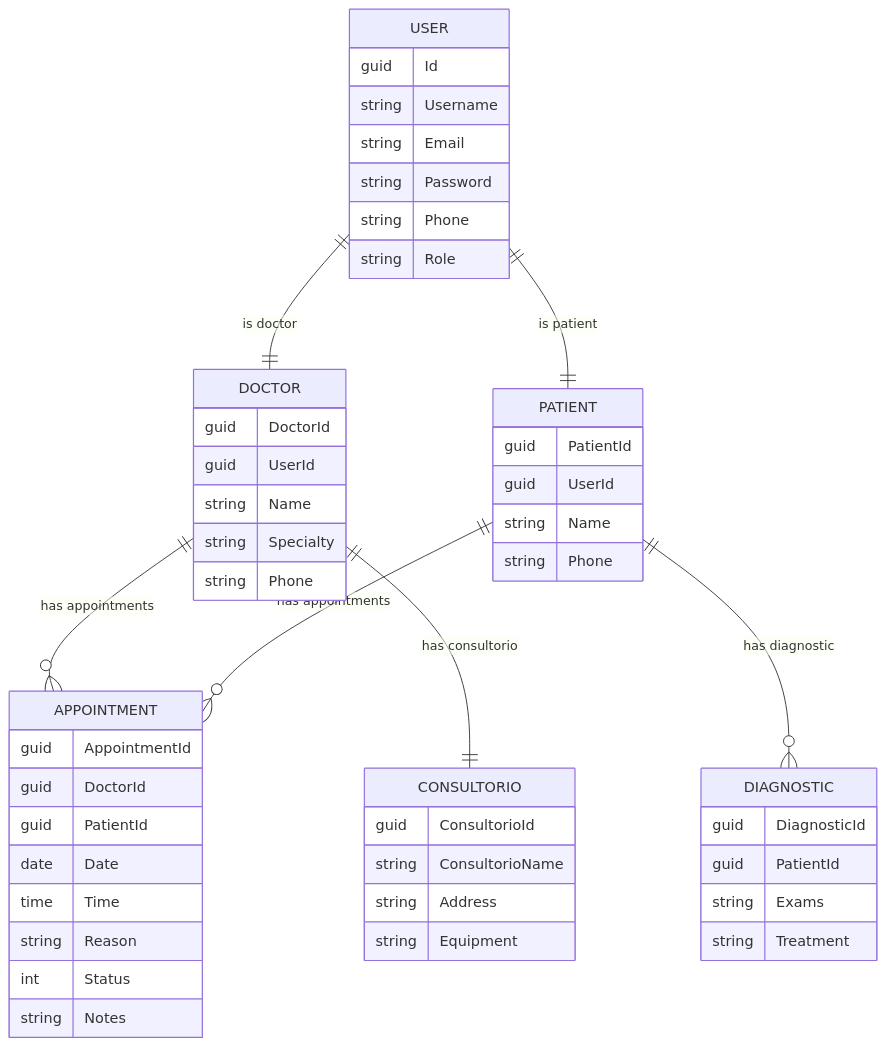
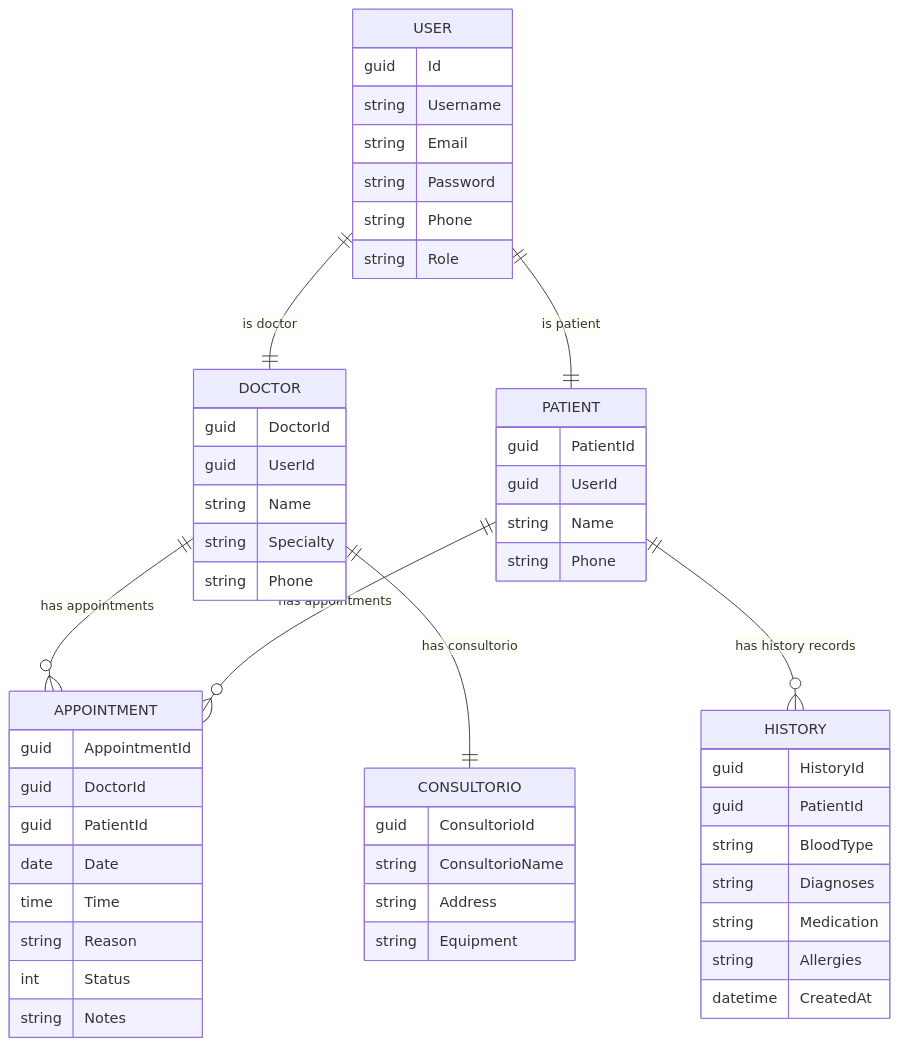
One commit to RashLop/ProyectoTecWeb changed the diagram in README.md. Above: the diagram before and after it, drawn with Mermaid. The commit also changed other lines of this file, not shown here.

Commit message:
docs: update README with History entity specs and endpoints

````diff
--- a/README.md
+++ b/README.md
@@ -101,60 +103,63 @@
 ```mermaid
 erDiagram
     USER {
         guid Id
         string Username
         string Email
         string Password
         string Phone
         string Role
     }
 
     DOCTOR {
         guid DoctorId
         guid UserId
         string Name
         string Specialty
         string Phone
     }
 
     PATIENT {
         guid PatientId
         guid UserId
         string Name
         string Phone
     }
 
     APPOINTMENT {
         guid AppointmentId
         guid DoctorId
         guid PatientId
         date Date
         time Time
         string Reason
         int Status
         string Notes
     }
 
-    DIAGNOSTIC {
-        guid DiagnosticId
+    HISTORY {
+        guid HistoryId
         guid PatientId
-        string Exams
-        string Treatment
+        string BloodType
+        string Diagnoses
+        string Medication
+        string Allergies
+        datetime CreatedAt
     }
 
     CONSULTORIO {
         guid ConsultorioId
         string ConsultorioName
         string Address
         string Equipment
     }
 
     USER ||--|| DOCTOR : "is doctor"
     USER ||--|| PATIENT : "is patient"
 
     DOCTOR ||--o{ APPOINTMENT : "has appointments"
     PATIENT ||--o{ APPOINTMENT : "has appointments"
 
-    PATIENT ||--o{ DIAGNOSTIC : "has diagnostic"
+    PATIENT ||--o{ HISTORY : "has history records"
     DOCTOR ||--|| CONSULTORIO : "has consultorio"
 ```
````
